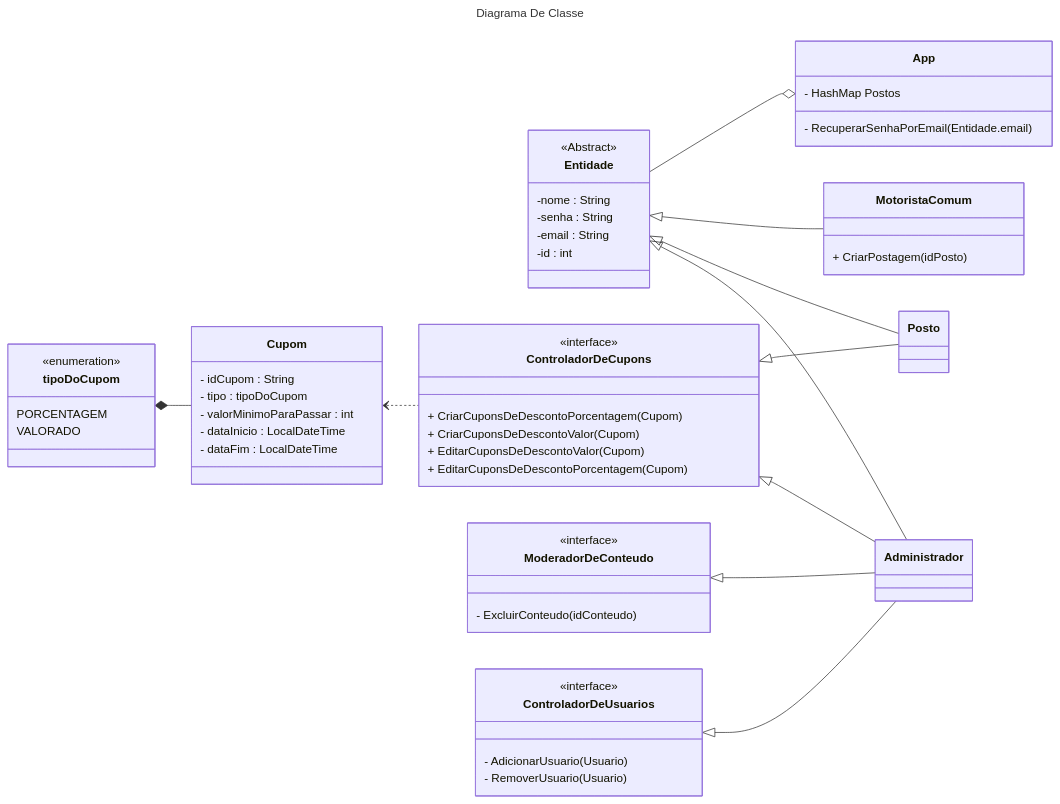
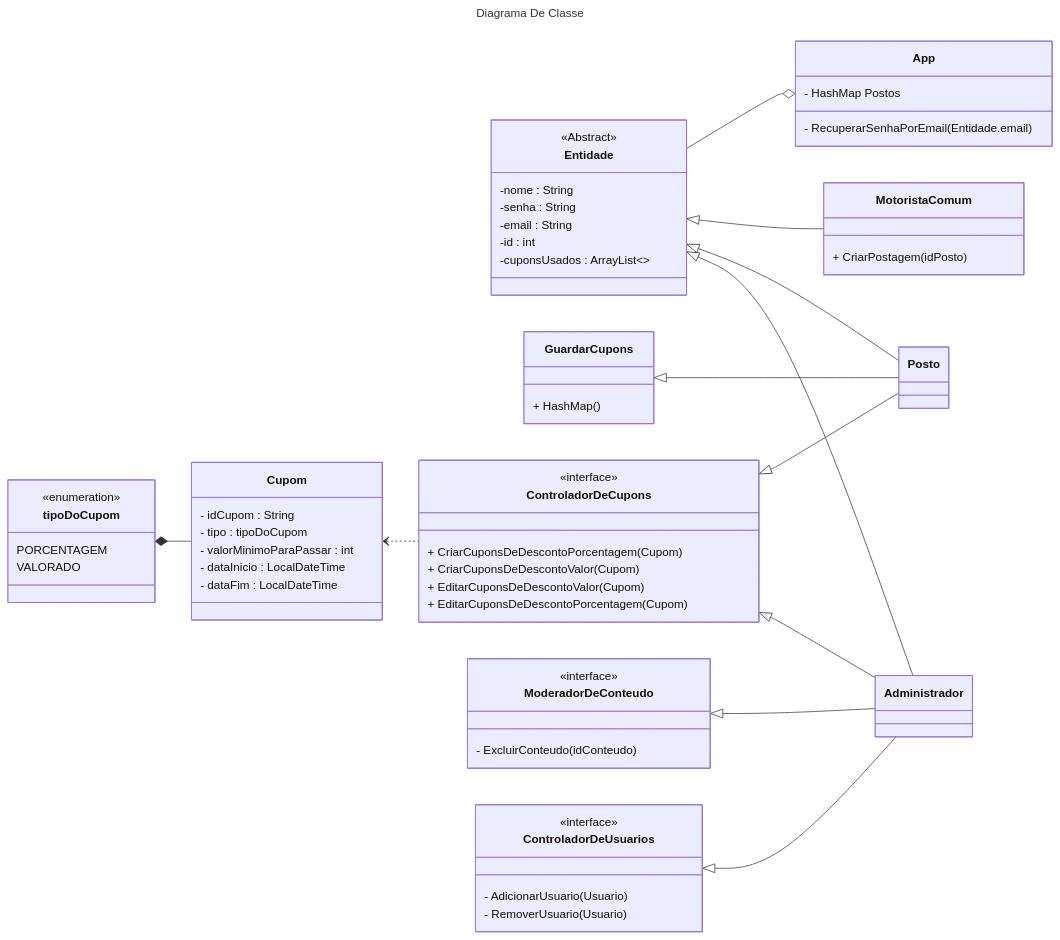
Before and after one commit to giuliano-marcus-bianco/tanq: the diagram in docs/diagrama_de_classe.md, drawn with Mermaid.

Commit message:
feat: ajustando diagramas de classe

```diff
--- a/docs/diagrama_de_classe.md
+++ b/docs/diagrama_de_classe.md
@@ -13,6 +13,7 @@
         -senha : String
         -email : String
         -id : int
+        -cuponsUsados : ArrayList<>
     }
     
     
@@ -31,6 +32,11 @@
         <<enumeration>>
         PORCENTAGEM
         VALORADO
+    }
+
+    GuardarCupons <|-- Posto
+    class GuardarCupons{
+        + HashMap()
     }
     
     tipoDoCupom *-- Cupom
```
